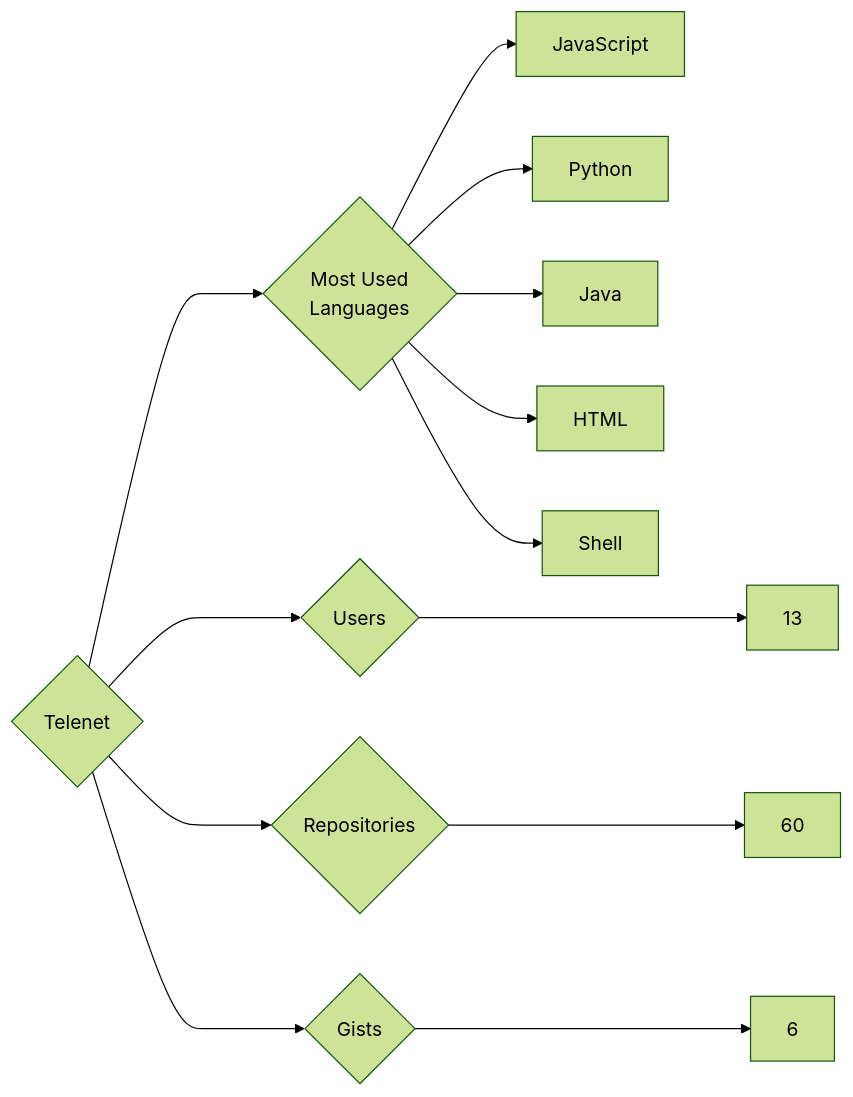
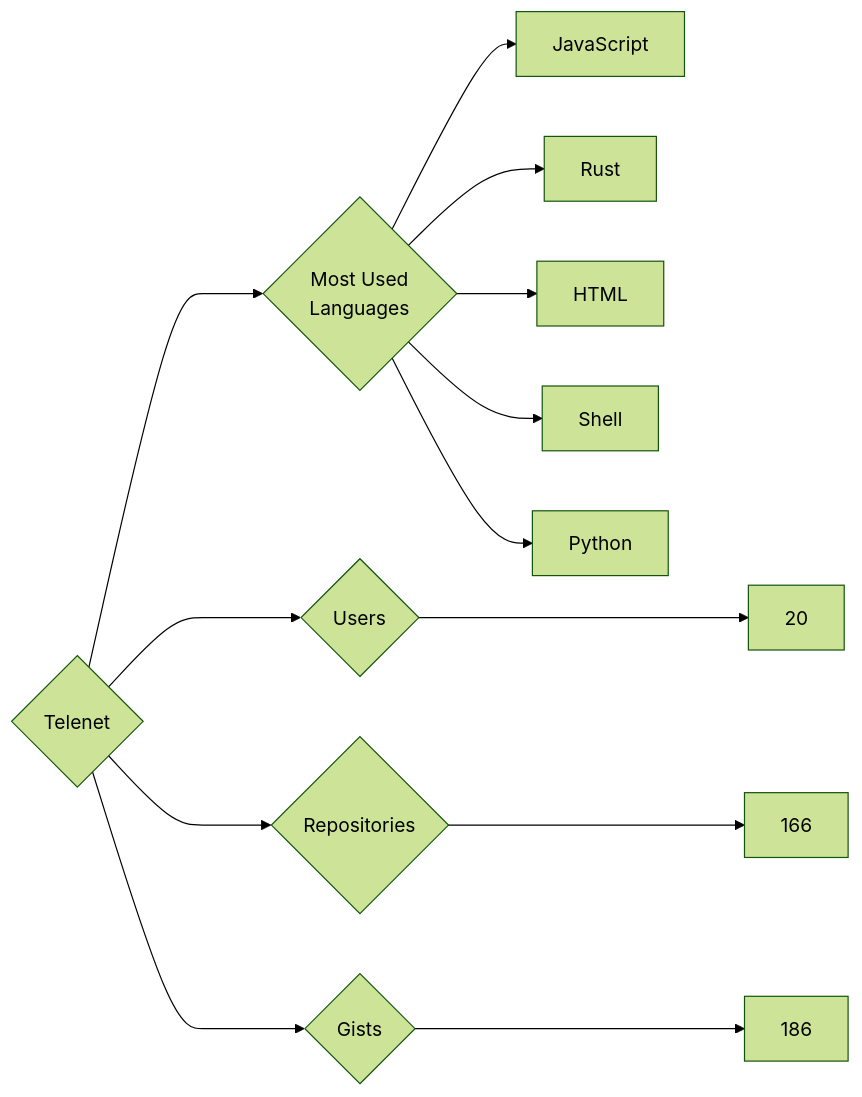
One commit to trickest/insiders changed the diagram in targets/Telenet/README.md. Above: the diagram before and after it, drawn with Mermaid (forest theme). The commit also changed 969 other files, not shown here.

````diff
--- a/targets/Telenet/README.md
+++ b/targets/Telenet/README.md
@@ -3,13 +3,13 @@
 ```mermaid
 graph LR
 COMPANY_NAME{Telenet}
-COMPANY_NAME ---> U{Users} ---> UN[13]
-COMPANY_NAME ---> R{Repositories} ---> RN[60]
-COMPANY_NAME ---> G{Gists} ---> GN[6]
+COMPANY_NAME ---> U{Users} ---> UN[20]
+COMPANY_NAME ---> R{Repositories} ---> RN[166]
+COMPANY_NAME ---> G{Gists} ---> GN[186]
 COMPANY_NAME ---> ML{Most Used<br>Languages}
 ML --> JavaScript[JavaScript]
-ML --> Python[Python]
-ML --> Java[Java]
+ML --> Rust[Rust]
 ML --> HTML[HTML]
 ML --> Shell[Shell]
+ML --> Python[Python]
 ```
````
